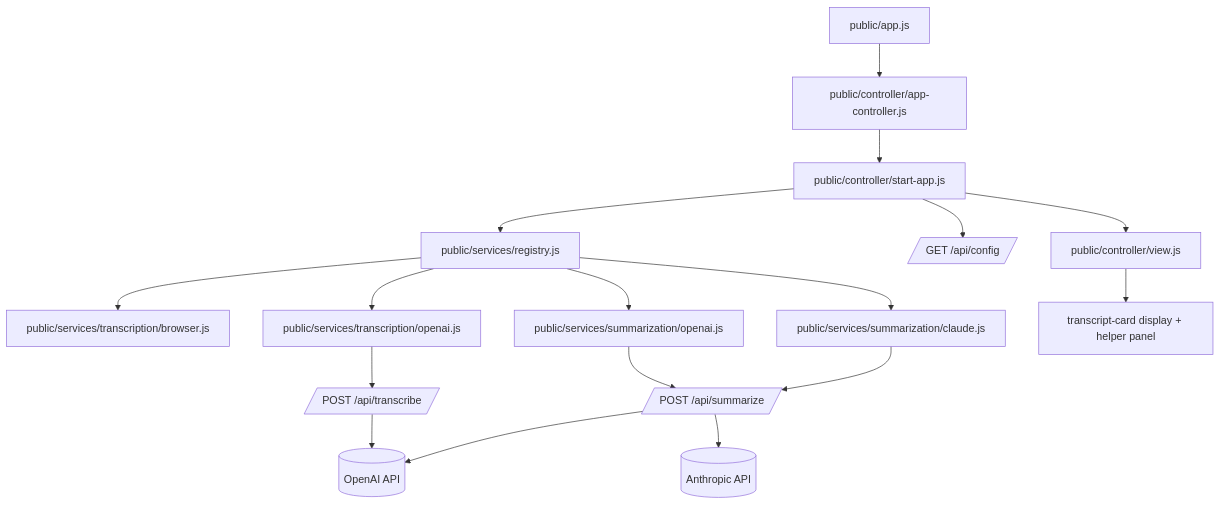
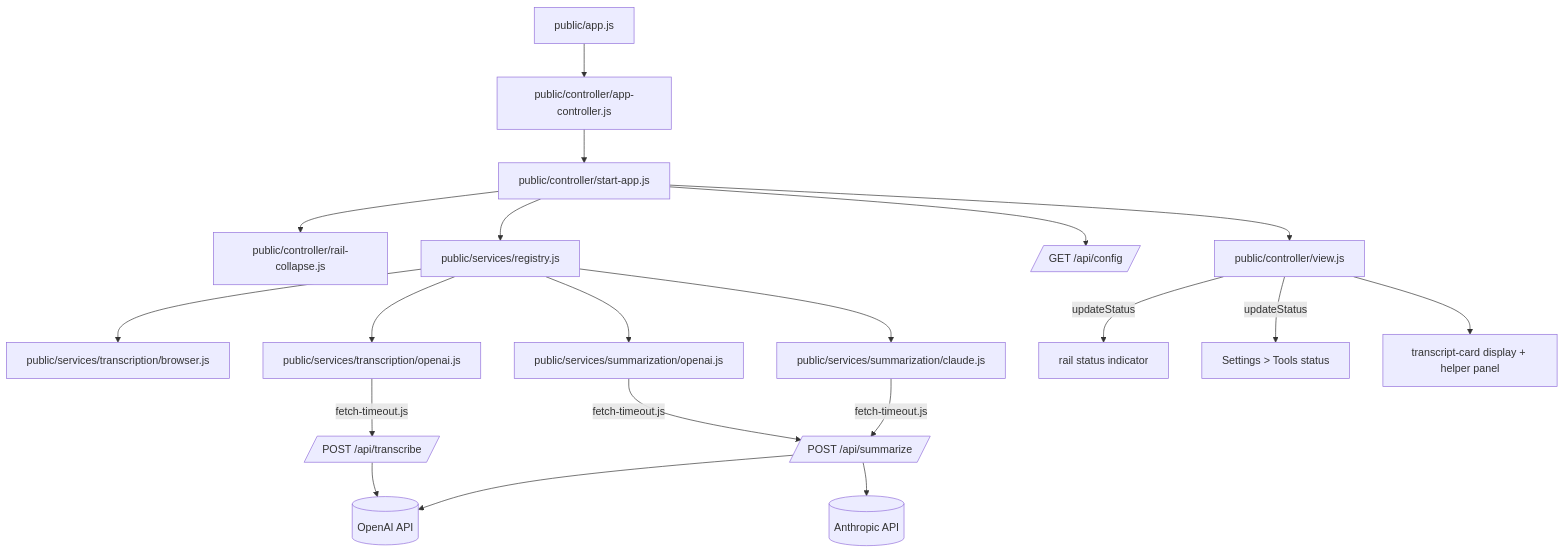
The diagram in docs/02-system-architecture.md (senigami/meeting-companion), drawn with Mermaid before and after one commit. The commit also changed other lines of this file and 13 other files, not shown here.

````diff
--- a/docs/02-system-architecture.md
+++ b/docs/02-system-architecture.md
@@ -17,19 +19,22 @@
 ```mermaid
 graph TD
   Boot[public/app.js] --> Controller[public/controller/app-controller.js]
   Controller --> Runtime[public/controller/start-app.js]
+  Runtime --> RailCollapse[public/controller/rail-collapse.js]
   Runtime --> Registry[public/services/registry.js]
   Registry --> BrowserTx[public/services/transcription/browser.js]
   Registry --> OpenAITx[public/services/transcription/openai.js]
   Registry --> OpenAISummary[public/services/summarization/openai.js]
   Registry --> ClaudeSummary[public/services/summarization/claude.js]
   Runtime --> Config[/GET /api/config/]
-  OpenAITx --> Transcribe[/POST /api/transcribe/]
-  OpenAISummary --> Summarize[/POST /api/summarize/]
-  ClaudeSummary --> Summarize
+  OpenAITx -- fetch-timeout.js --> Transcribe[/POST /api/transcribe/]
+  OpenAISummary -- fetch-timeout.js --> Summarize[/POST /api/summarize/]
+  ClaudeSummary -- fetch-timeout.js --> Summarize
   Transcribe --> OpenAI[(OpenAI API)]
   Summarize --> OpenAI
   Summarize --> Claude[(Anthropic API)]
   Runtime --> View[public/controller/view.js]
+  View -- updateStatus --> RailStatus[rail status indicator]
+  View -- updateStatus --> DiagnosticsStatus[Settings > Tools status]
   View --> UIState[transcript-card display + helper panel]
 ```
````
